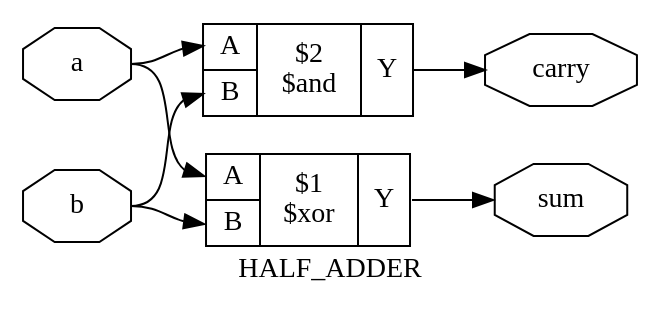
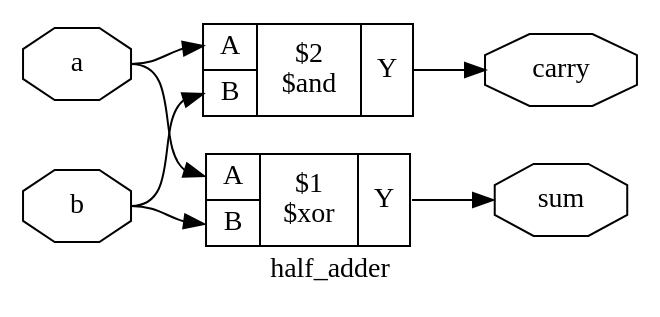
The diagram in projects/half_adder/half_adder_diagram.dot (Rushi03/logic-design), drawn with Graphviz before and after one commit. The commit also changed 48 other files, not shown here.

```diff
--- a/projects/half_adder/half_adder_diagram.dot
+++ b/projects/half_adder/half_adder_diagram.dot
@@ -1,17 +1,17 @@
-digraph "HALF_ADDER" {
-label="HALF_ADDER";
+digraph "half_adder" {
+label="half_adder";
 rankdir="LR";
 remincross=true;
 n1 [ shape=octagon, label="a", color="black", fontcolor="black"];
 n2 [ shape=octagon, label="b", color="black", fontcolor="black"];
 n3 [ shape=octagon, label="carry", color="black", fontcolor="black"];
 n4 [ shape=octagon, label="sum", color="black", fontcolor="black"];
 c8 [ shape=record, label="{{<p5> A|<p6> B}|$2\n$and|{<p7> Y}}",  ];
 c9 [ shape=record, label="{{<p5> A|<p6> B}|$1\n$xor|{<p7> Y}}",  ];
 n1:e -> c8:p5:w [color="black", fontcolor="black", label=""];
 n1:e -> c9:p5:w [color="black", fontcolor="black", label=""];
 n2:e -> c8:p6:w [color="black", fontcolor="black", label=""];
 n2:e -> c9:p6:w [color="black", fontcolor="black", label=""];
 c8:p7:e -> n3:w [color="black", fontcolor="black", label=""];
 c9:p7:e -> n4:w [color="black", fontcolor="black", label=""];
 }
```
